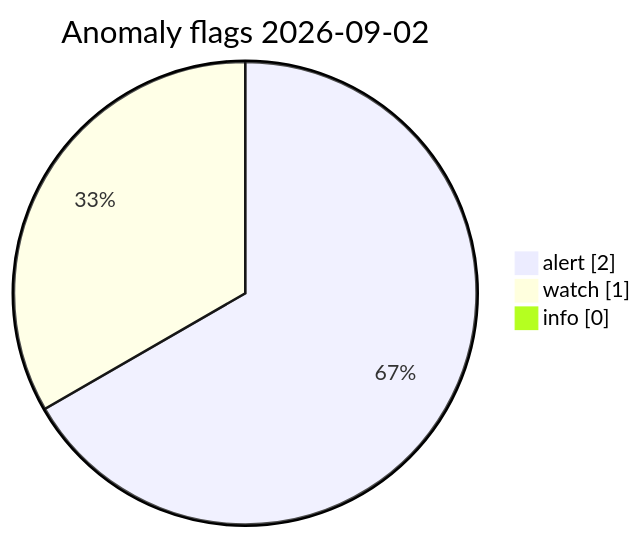
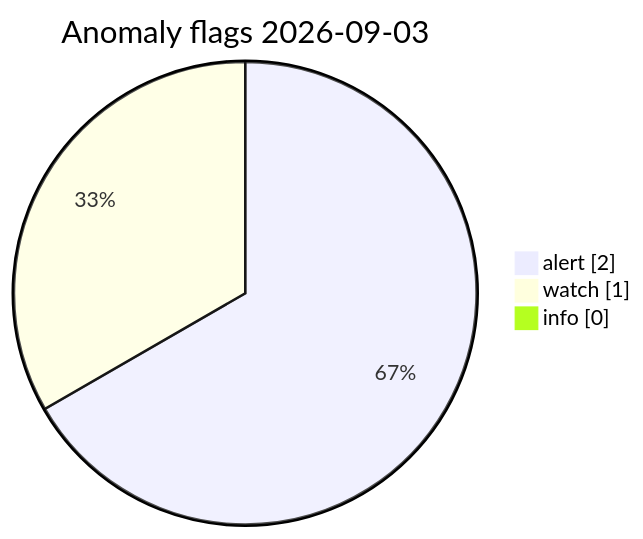
One commit to Midwest-Stratospheric/Unified-Open-Global-Weather changed the diagram in visuals/latest/CHARTS.md. Above: the diagram before and after it, drawn with Mermaid. The commit also changed other lines of this file and 11 other files, not shown here.

Commit message:
data(visuals): automated charts 2026-09-03T11:18Z

````diff
--- a/visuals/latest/CHARTS.md
+++ b/visuals/latest/CHARTS.md
@@ -73,7 +73,7 @@
 ```mermaid
 pie showData
-  title Anomaly flags 2026-09-02
+  title Anomaly flags 2026-09-03
   "alert" : 2
   "watch" : 1
   "info" : 0
 ```
````
